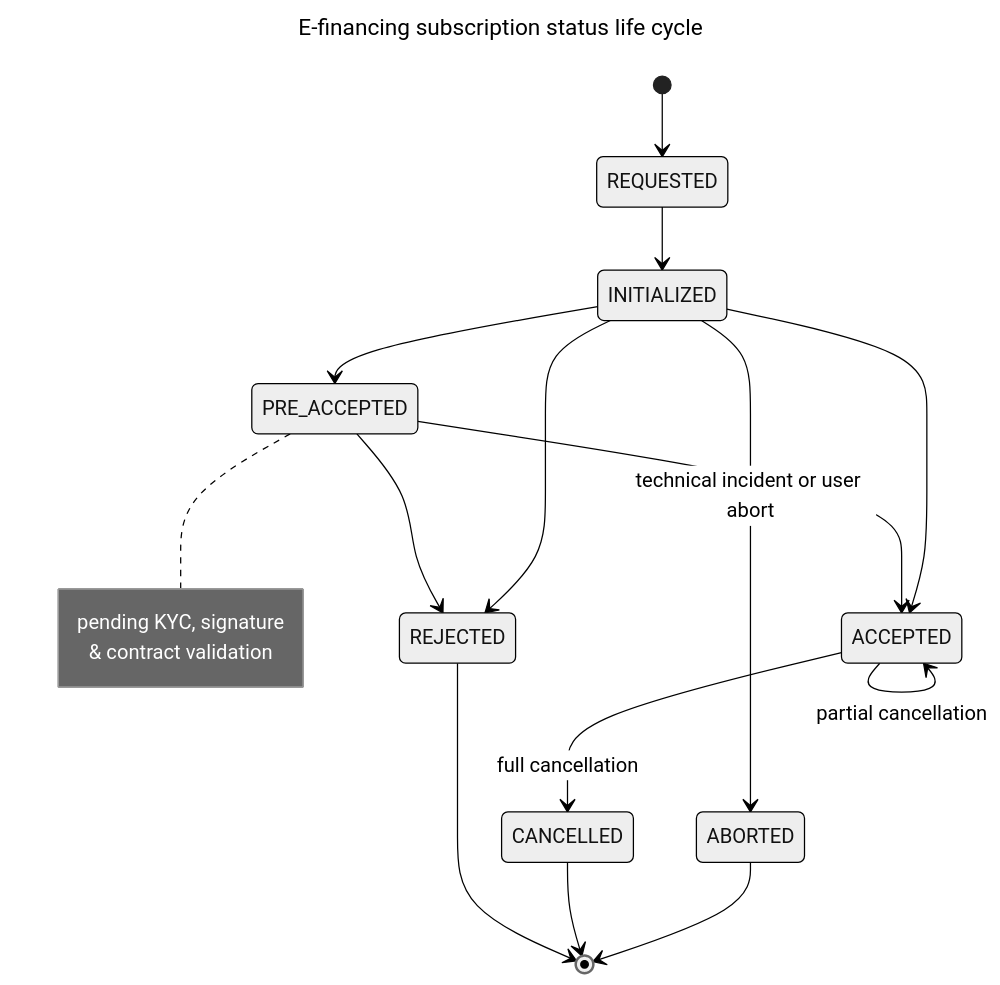
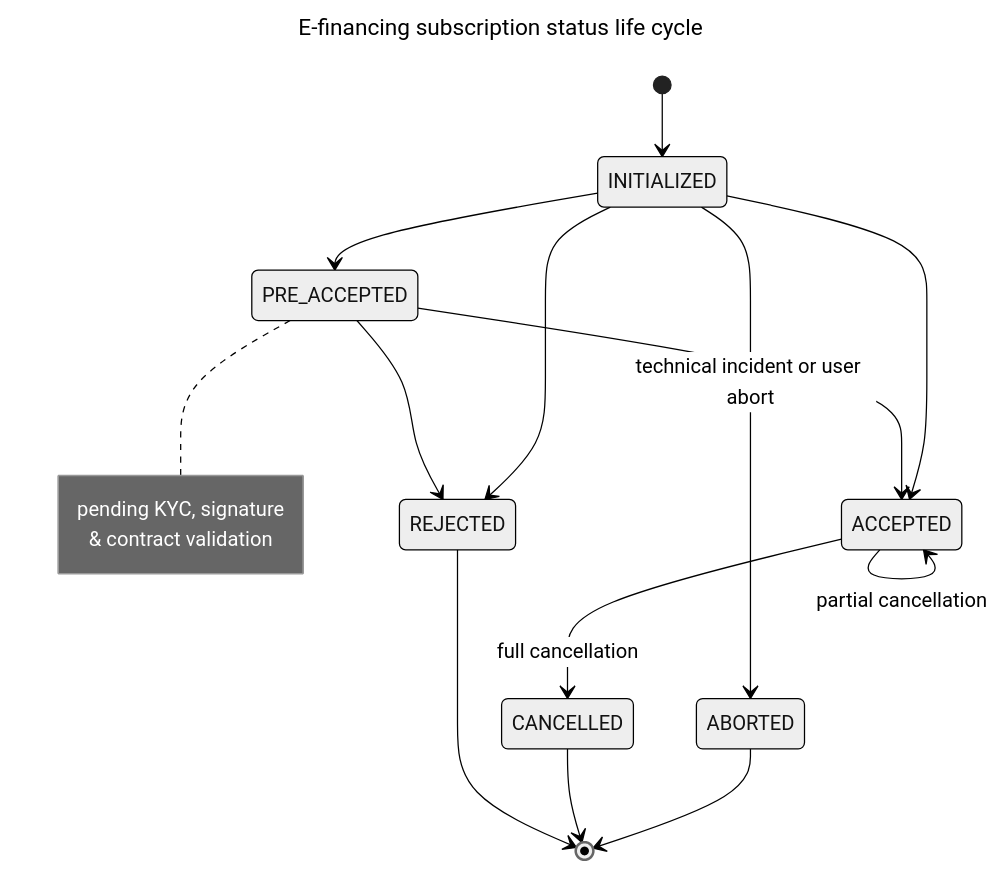
The diagram in for-discovery/credit/e-financing-status-life-cycle.md (scalexpert/documentation), drawn with Mermaid (neutral theme) before and after one commit. The commit also changed other lines of this file, not shown here.

Commit message:
GITBOOK-476: change request with no subject merged in GitBook

````diff
--- a/for-discovery/credit/e-financing-status-life-cycle.md
+++ b/for-discovery/credit/e-financing-status-life-cycle.md
@@ -19,24 +18,23 @@
 ```mermaid
 ---
 title: E-financing subscription status life cycle
 ---
 stateDiagram-v2 
-    [*] --> REQUESTED
-    REQUESTED --> INITIALIZED 
+    [*] --> INITIALIZED
     INITIALIZED --> ABORTED: technical incident or user abort
     INITIALIZED --> PRE_ACCEPTED
 note right of PRE_ACCEPTED
 pending KYC, signature 
 & contract validation
 end note
     PRE_ACCEPTED --> ACCEPTED
     PRE_ACCEPTED --> REJECTED
     INITIALIZED --> ACCEPTED
     INITIALIZED --> REJECTED
     ACCEPTED --> ACCEPTED: partial cancellation
     ACCEPTED --> CANCELLED: full cancellation
     REJECTED --> [*]
     CANCELLED --> [*]
     ABORTED --> [*]
 
 ```
````
